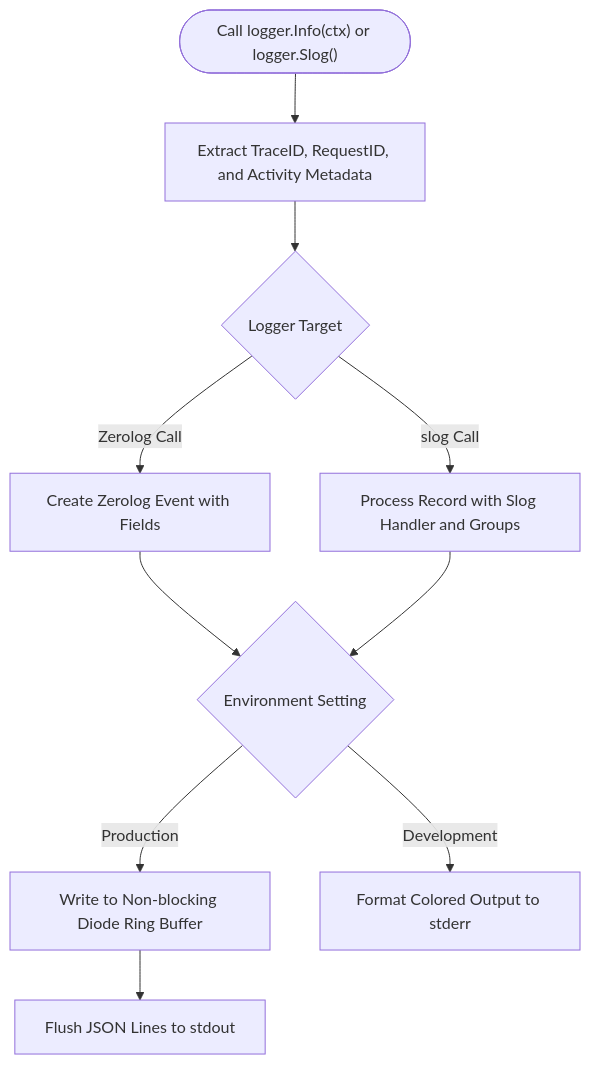
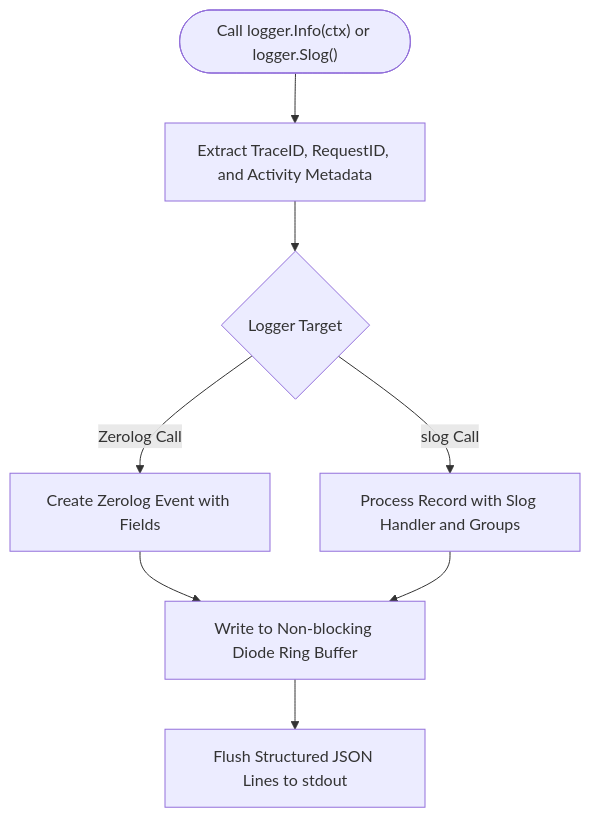
The diagram in logger/README.md (Jkenyut/nvx-go-helper), drawn with Mermaid before and after one commit. The commit also changed 41 other files, not shown here.

````diff
--- a/logger/README.md
+++ b/logger/README.md
@@ -9,15 +9,11 @@
 ```mermaid
 flowchart TD
     LogCall(["Call logger.Info(ctx) or logger.Slog()"]) --> ContextExtract["Extract TraceID, RequestID, and Activity Metadata"]
     ContextExtract --> CheckHandler{"Logger Target"}
 
     CheckHandler -- Zerolog Call --> FormatEvent["Create Zerolog Event with Fields"]
     CheckHandler -- slog Call --> HandleRecord["Process Record with Slog Handler and Groups"]
 
-    FormatEvent & HandleRecord --> CheckEnv{"Environment Setting"}
-
-    CheckEnv -- Production --> DiodeBuffer["Write to Non-blocking Diode Ring Buffer"]
-    DiodeBuffer --> JSONSink["Flush JSON Lines to stdout"]
-
-    CheckEnv -- Development --> ConsoleSink["Format Colored Output to stderr"]
+    FormatEvent & HandleRecord --> DiodeBuffer["Write to Non-blocking Diode Ring Buffer"]
+    DiodeBuffer --> JSONSink["Flush Structured JSON Lines to stdout"]
 ```
````
